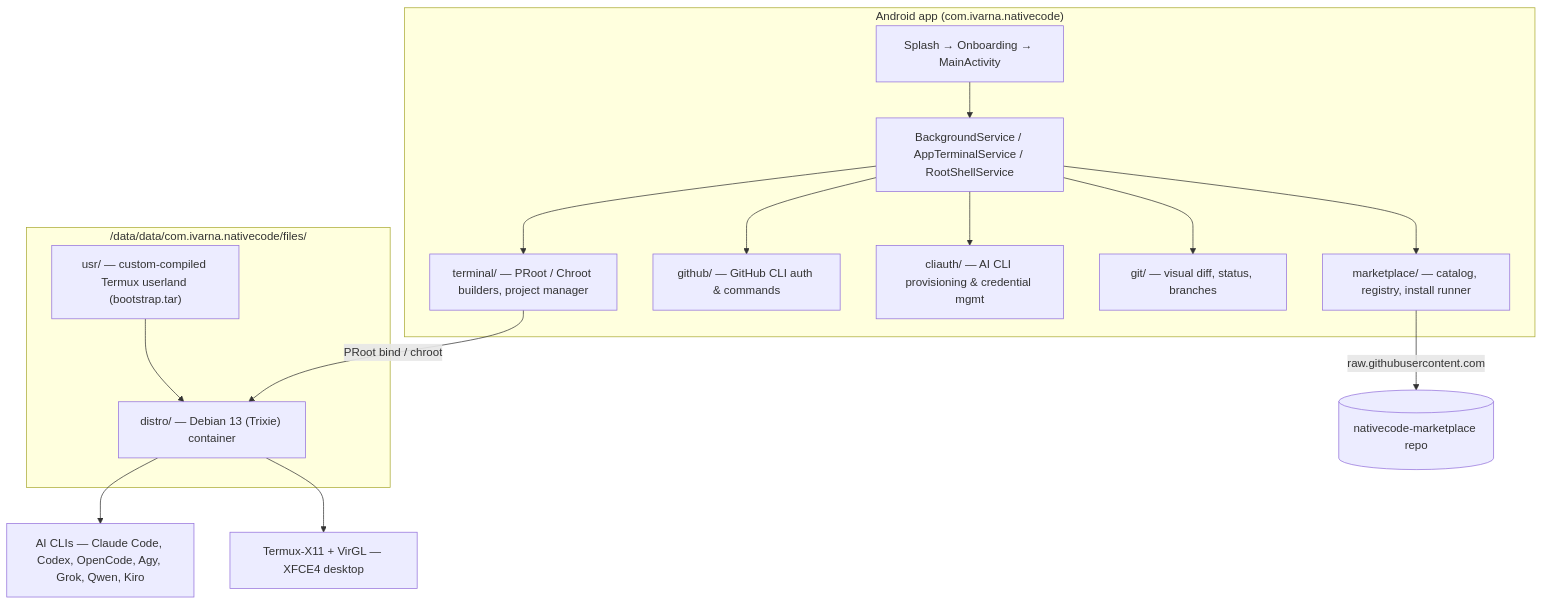
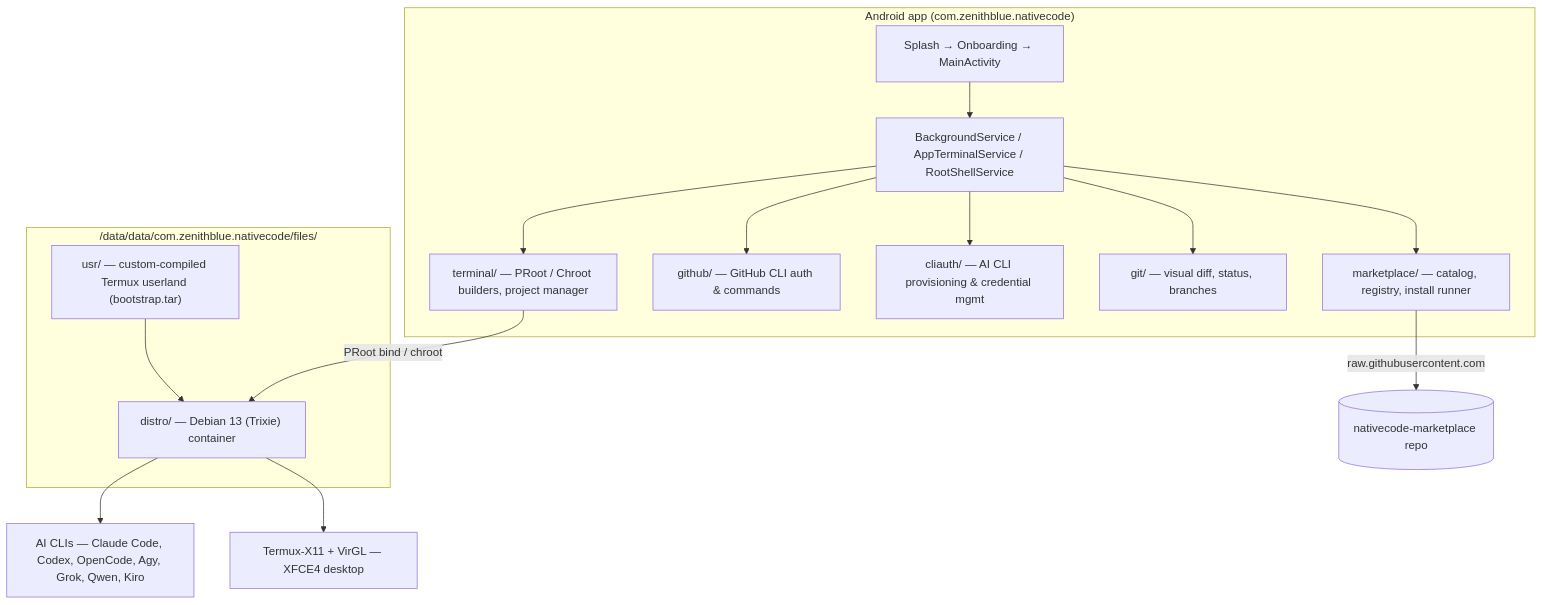
Before and after one commit to abhay-byte/nativecode-ai: the diagram in README.md, drawn with Mermaid. The commit also changed 330 other files, not shown here.

````diff
--- a/README.md
+++ b/README.md
@@ -77,23 +77,23 @@
 ```mermaid
 flowchart TB
-    subgraph App["Android app (com.ivarna.nativecode)"]
+    subgraph App["Android app (com.zenithblue.nativecode)"]
         UI["Splash → Onboarding → MainActivity"]
         UI --> Services["BackgroundService / AppTerminalService / RootShellService"]
         Services --> MKT["marketplace/ — catalog, registry, install runner"]
         Services --> GH["github/ — GitHub CLI auth & commands"]
         Services --> AUTH["cliauth/ — AI CLI provisioning & credential mgmt"]
         Services --> GIT["git/ — visual diff, status, branches"]
         Services --> TERM["terminal/ — PRoot / Chroot builders, project manager"]
     end
 
-    subgraph Storage["/data/data/com.ivarna.nativecode/files/"]
+    subgraph Storage["/data/data/com.zenithblue.nativecode/files/"]
         USER["usr/ — custom-compiled Termux userland (bootstrap.tar)"]
         DISTRO["distro/ — Debian 13 (Trixie) container"]
     end
 
     MKT -->|raw.githubusercontent.com| MP[(nativecode-marketplace repo)]
     TERM -->|PRoot bind / chroot| DISTRO
     USER --> DISTRO
     DISTRO --> AI["AI CLIs — Claude Code, Codex, OpenCode, Agy, Grok, Qwen, Kiro"]
     DISTRO --> X11["Termux-X11 + VirGL — XFCE4 desktop"]
 ```
````
